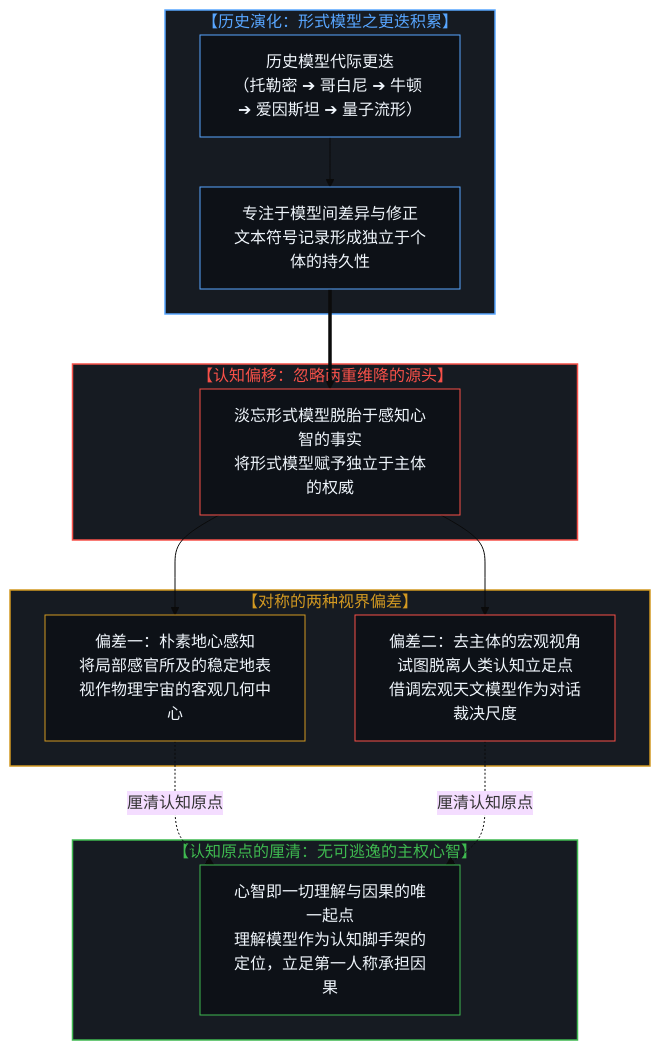
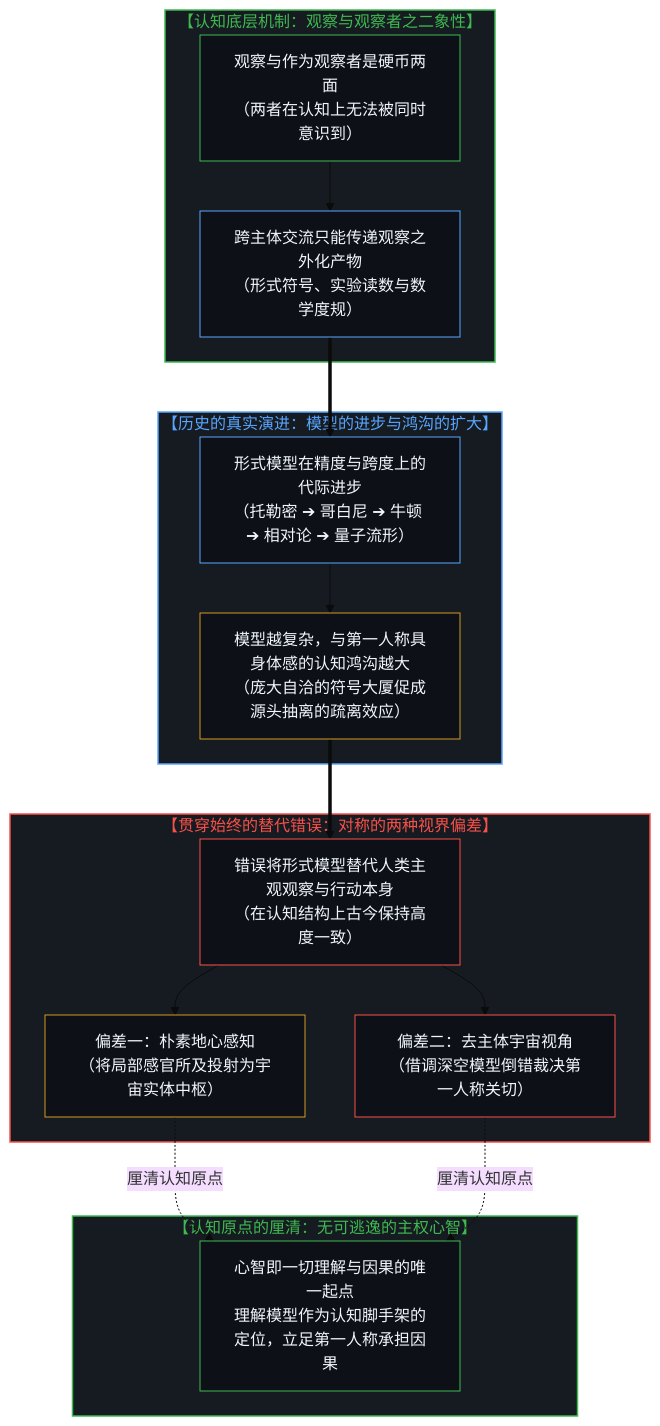
The fifth of 8 diagrams in content/posts/one-cannot-escape-ones-own-mind.md (powerpig99/not-a-toe), drawn with Mermaid (base theme) before and after one commit. The commit also changed other lines of this file and 2 other files, not shown here.

Commit message:
Refine Post #332 Section 3: Observer duality, intersubjective communication constraints, progress of models, and widening perceptual chasm

````diff
--- a/content/posts/one-cannot-escape-ones-own-mind.md
+++ b/content/posts/one-cannot-escape-ones-own-mind.md
@@ -187,38 +189,44 @@
 ```mermaid
 flowchart TD
-    subgraph S_HistoricalEvolution ["【历史演化：形式模型之更迭积累】"]
-        H1["历史模型代际更迭<br/>（托勒密 ➔ 哥白尼 ➔ 牛顿 ➔ 爱因斯坦 ➔ 量子流形）"]
-        H2["专注于模型间差异与修正<br/>文本符号记录形成独立于个体的持久性"]
-        H1 --> H2
+    subgraph S_CognitiveConstraint ["【认知底层机制：观察与观察者之二象性】"]
+        D1["观察与作为观察者是硬币两面<br/>（两者在认知上无法被同时意识到）"]
+        D2["跨主体交流只能传递观察之外化产物<br/>（形式符号、实验读数与数学度规）"]
+        D1 --> D2
     end
 
-    subgraph S_Amnesia ["【认知偏移：忽略两重维降的源头】"]
-        A1["淡忘形式模型脱胎于感知心智的事实<br/>将形式模型赋予独立于主体的权威"]
+    subgraph S_HistoricalProgress ["【历史的真实演进：模型的进步与鸿沟的扩大】"]
+        P1["形式模型在精度与跨度上的代际进步<br/>（托勒密 ➔ 哥白尼 ➔ 牛顿 ➔ 相对论 ➔ 量子流形）"]
+        P2["模型越复杂，与第一人称具身体感的认知鸿沟越大<br/>（庞大自洽的符号大厦促成源头抽离的疏离效应）"]
+        P1 --> P2
     end
 
-    subgraph S_TwoTraps ["【对称的两种视界偏差】"]
-        T1["偏差一：朴素地心感知<br/>将局部感官所及的稳定地表<br/>视作物理宇宙的客观几何中心"]
-        T2["偏差二：去主体的宏观视角<br/>试图脱离人类认知立足点<br/>借调宏观天文模型作为对话裁决尺度"]
+    subgraph S_InvariantError ["【贯穿始终的替代错误：对称的两种视界偏差】"]
+        E1["错误将形式模型替代人类主观观察与行动本身<br/>（在认知结构上古今保持高度一致）"]
+        T1["偏差一：朴素地心感知<br/>（将局部感官所及投射为宇宙实体中枢）"]
+        T2["偏差二：去主体宇宙视角<br/>（借调深空模型倒错裁决第一人称关切）"]
+        E1 --> T1
+        E1 --> T2
     end
 
     subgraph S_SovereignReturn ["【认知原点的厘清：无可逃逸的主权心智】"]
         SR1["心智即一切理解与因果的唯一起点<br/>理解模型作为认知脚手架的定位，立足第一人称承担因果"]
     end
 
-    H2 ==> A1
-    A1 --> T1
-    A1 --> T2
+    D2 ==> P1
+    P2 ==> E1
     T1 -.->|"厘清认知原点"| SR1
     T2 -.->|"厘清认知原点"| SR1
 
-    style S_HistoricalEvolution fill:#161b22,stroke:#58a6ff,stroke-width:1.5px,color:#58a6ff
-    style S_Amnesia fill:#161b22,stroke:#f85149,stroke-width:1.5px,color:#f85149
-    style S_TwoTraps fill:#161b22,stroke:#d29922,stroke-width:1.5px,color:#d29922
+    style S_CognitiveConstraint fill:#161b22,stroke:#3fb950,stroke-width:1.5px,color:#3fb950
+    style S_HistoricalProgress fill:#161b22,stroke:#58a6ff,stroke-width:1.5px,color:#58a6ff
+    style S_InvariantError fill:#161b22,stroke:#f85149,stroke-width:1.5px,color:#f85149
     style S_SovereignReturn fill:#161b22,stroke:#3fb950,stroke-width:1.5px,color:#3fb950
-    style H1 fill:#0d1117,stroke:#58a6ff,stroke-width:1px,color:#f0f6fc
-    style H2 fill:#0d1117,stroke:#58a6ff,stroke-width:1px,color:#f0f6fc
-    style A1 fill:#0d1117,stroke:#f85149,stroke-width:1px,color:#f0f6fc
+    style D1 fill:#0d1117,stroke:#3fb950,stroke-width:1px,color:#f0f6fc
+    style D2 fill:#0d1117,stroke:#58a6ff,stroke-width:1px,color:#f0f6fc
+    style P1 fill:#0d1117,stroke:#58a6ff,stroke-width:1px,color:#f0f6fc
+    style P2 fill:#0d1117,stroke:#d29922,stroke-width:1px,color:#f0f6fc
+    style E1 fill:#0d1117,stroke:#f85149,stroke-width:1px,color:#f0f6fc
     style T1 fill:#0d1117,stroke:#d29922,stroke-width:1px,color:#f0f6fc
     style T2 fill:#0d1117,stroke:#f85149,stroke-width:1px,color:#f0f6fc
     style SR1 fill:#0d1117,stroke:#3fb950,stroke-width:1px,color:#f0f6fc
 ```
````
